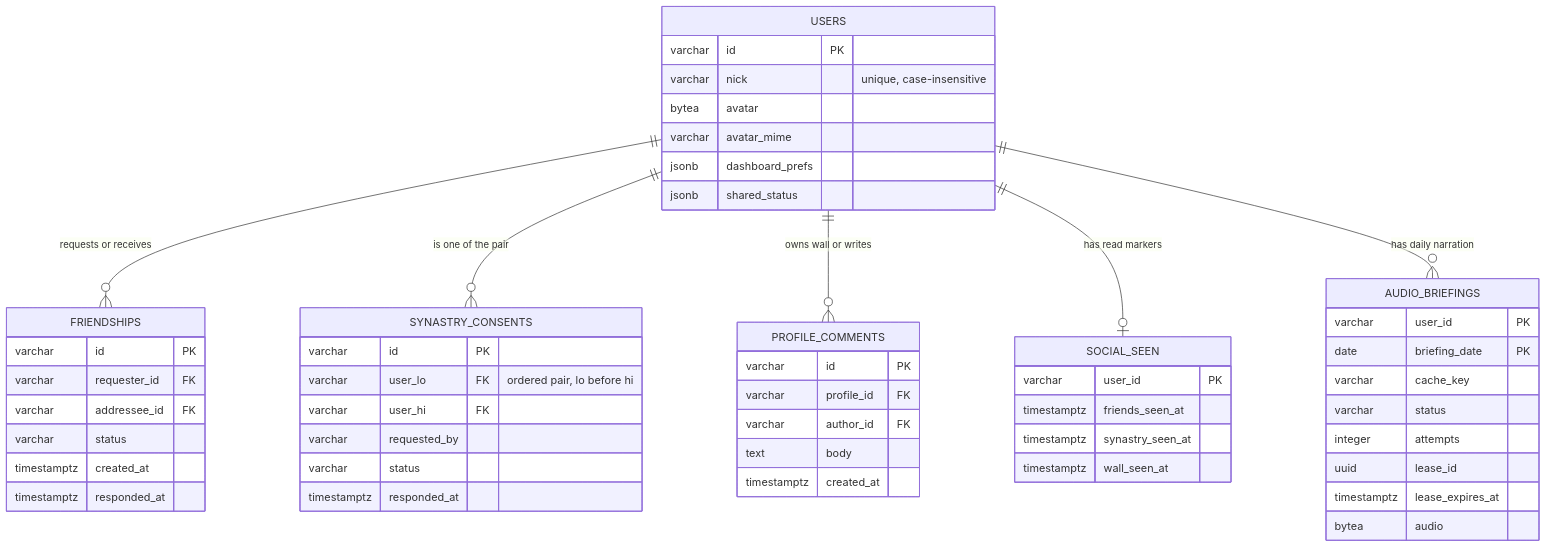
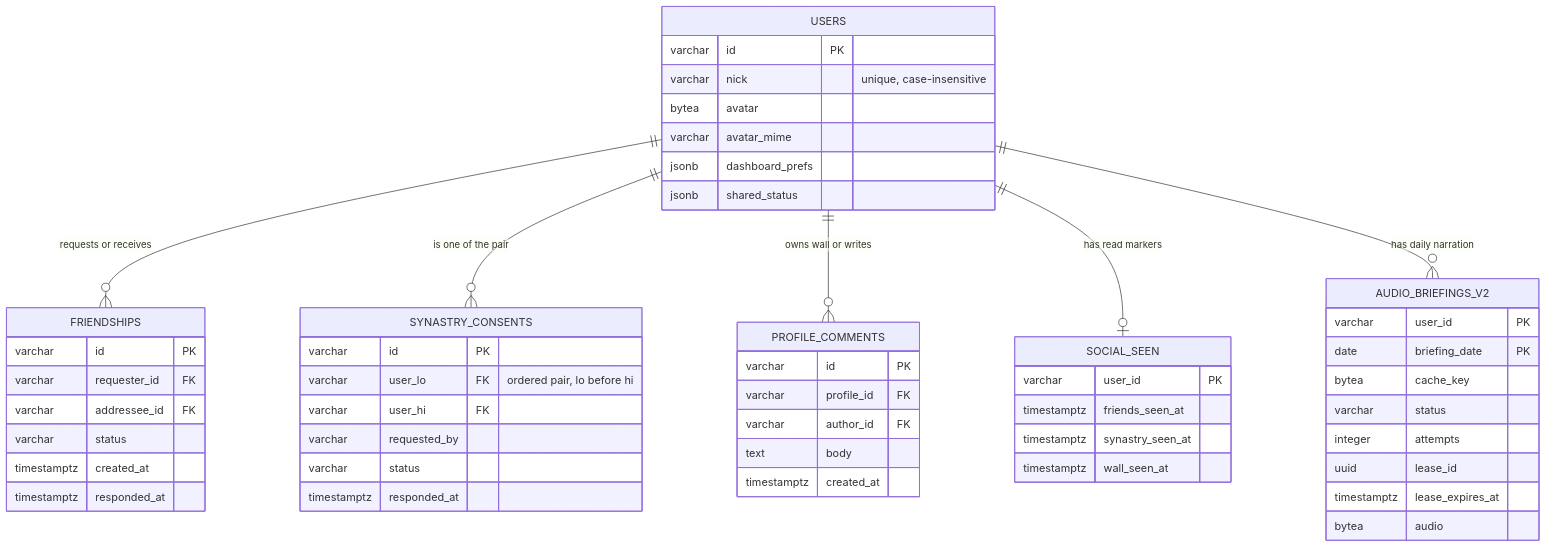
The fourth of 6 diagrams in docs/ARCHITECTURE.md (agacja/AstradiaPublic), drawn with Mermaid before and after one commit. The commit also changed other lines of this file and 34 other files, not shown here.

````diff
--- a/docs/ARCHITECTURE.md
+++ b/docs/ARCHITECTURE.md
@@ -232,56 +232,56 @@
 ```mermaid
 erDiagram
     USERS ||--o{ FRIENDSHIPS : "requests or receives"
     USERS ||--o{ SYNASTRY_CONSENTS : "is one of the pair"
     USERS ||--o{ PROFILE_COMMENTS : "owns wall or writes"
     USERS ||--o| SOCIAL_SEEN : "has read markers"
-    USERS ||--o{ AUDIO_BRIEFINGS : "has daily narration"
+    USERS ||--o{ AUDIO_BRIEFINGS_V2 : "has daily narration"
 
     USERS {
         varchar id PK
         varchar nick "unique, case-insensitive"
         bytea avatar
         varchar avatar_mime
         jsonb dashboard_prefs
         jsonb shared_status
     }
     FRIENDSHIPS {
         varchar id PK
         varchar requester_id FK
         varchar addressee_id FK
         varchar status
         timestamptz created_at
         timestamptz responded_at
     }
     SYNASTRY_CONSENTS {
         varchar id PK
         varchar user_lo FK "ordered pair, lo before hi"
         varchar user_hi FK
         varchar requested_by
         varchar status
         timestamptz responded_at
     }
     PROFILE_COMMENTS {
         varchar id PK
         varchar profile_id FK
         varchar author_id FK
         text body
         timestamptz created_at
     }
     SOCIAL_SEEN {
         varchar user_id PK
         timestamptz friends_seen_at
         timestamptz synastry_seen_at
         timestamptz wall_seen_at
     }
-    AUDIO_BRIEFINGS {
+    AUDIO_BRIEFINGS_V2 {
         varchar user_id PK
         date briefing_date PK
-        varchar cache_key
+        bytea cache_key
         varchar status
         integer attempts
         uuid lease_id
         timestamptz lease_expires_at
         bytea audio
     }
 ```
````
